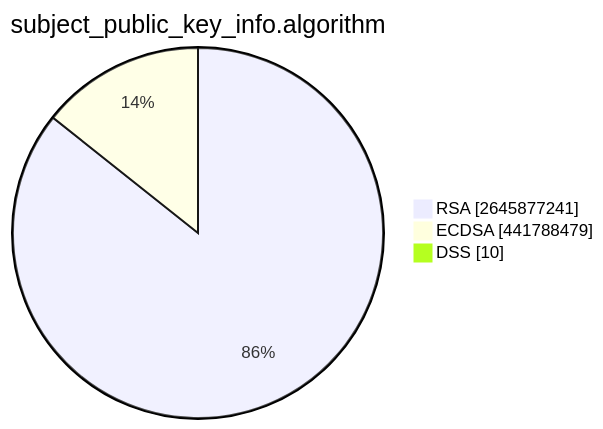
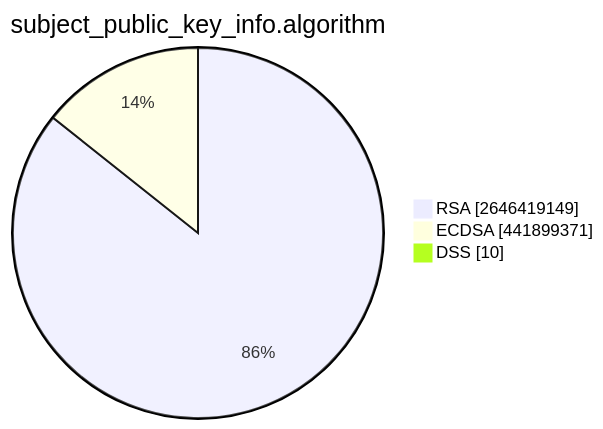
Before and after one commit to christiankrug/ctmonitor_visualization: the second of 15 diagrams in TOTAL/README.md, drawn with Mermaid. The commit also changed other lines of this file, not shown here.

````diff
--- a/TOTAL/README.md
+++ b/TOTAL/README.md
@@ -6,7 +6,7 @@
 ```mermaid
 pie showData
 title subject_public_key_info.algorithm
-"RSA" :2645877241
-"ECDSA" :441788479
+"RSA" :2646419149
+"ECDSA" :441899371
 "DSS" :10
 ```
````
